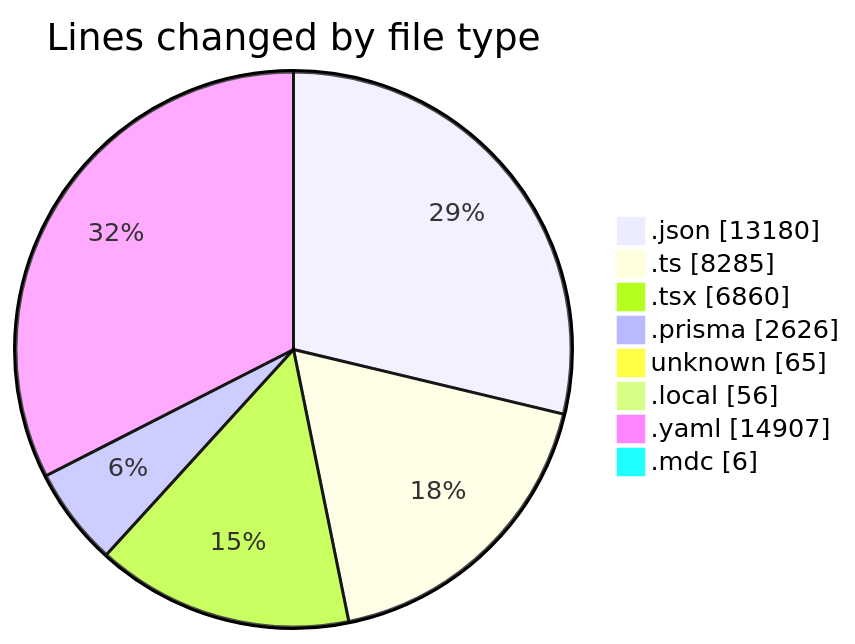
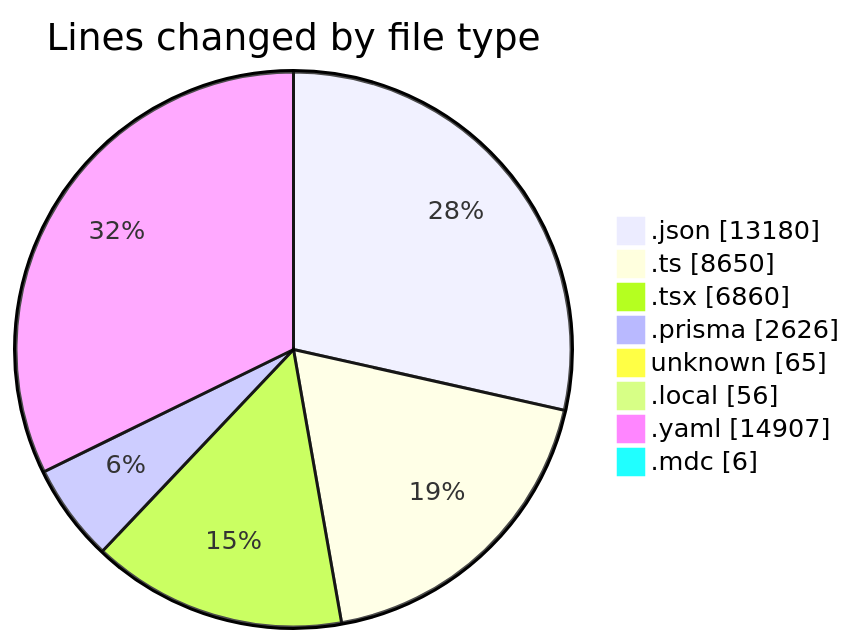
One commit to CELIANVF/code-tracking changed the first of 2 diagrams in 2025-05-15/ecodeli-1/README.md. Above: the diagram before and after it, drawn with Mermaid. The commit also changed other lines of this file and 1 other file, not shown here.

````diff
--- a/2025-05-15/ecodeli-1/README.md
+++ b/2025-05-15/ecodeli-1/README.md
@@ -65,12 +65,12 @@
 ```mermaid
 pie showData
 title Lines changed by file type
 ".json" : 13180
-".ts" : 8285
+".ts" : 8650
 ".tsx" : 6860
 ".prisma" : 2626
 "unknown" : 65
 ".local" : 56
 ".yaml" : 14907
 ".mdc" : 6
 ```
````
